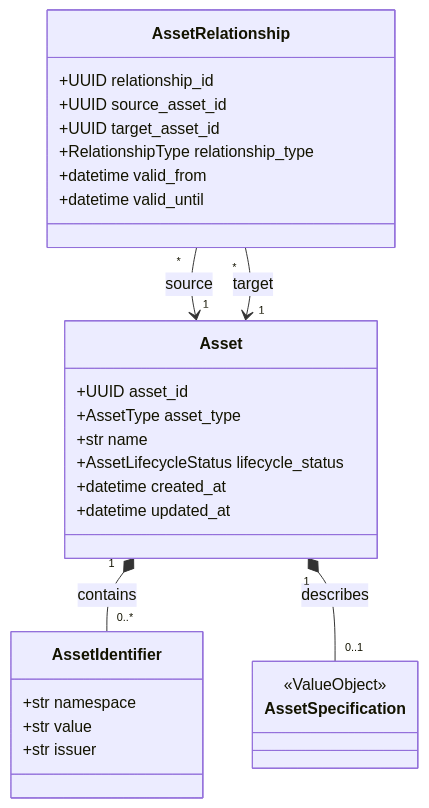
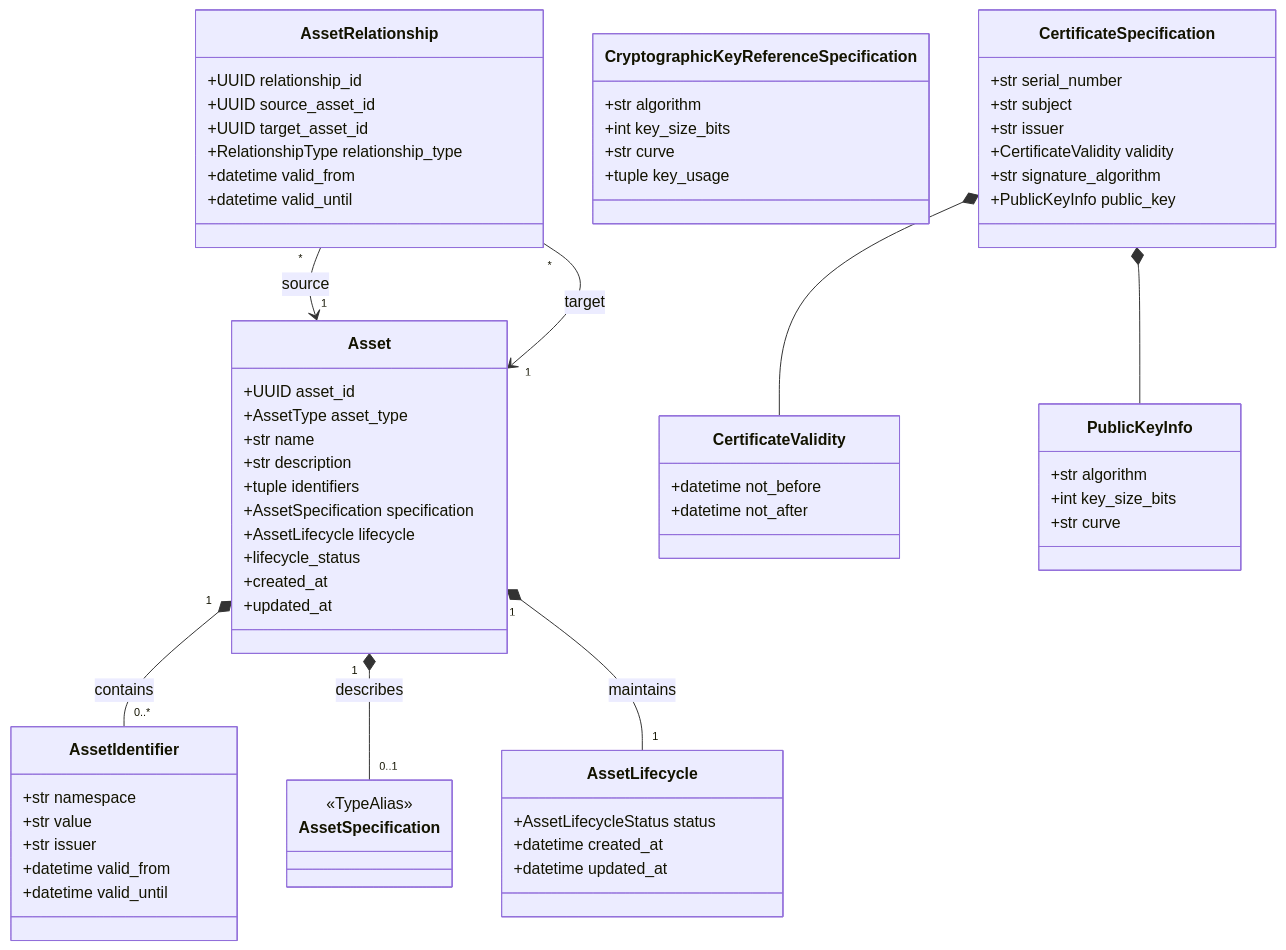
Before and after one commit to git-loa/cryptographic-inventory-pqc-risk-assessment: the second of 7 diagrams in docs/architecture/domain/domain-class-diagram.md, drawn with Mermaid. The commit also changed other lines of this file and 12 other files, not shown here.

````diff
--- a/docs/architecture/domain/domain-class-diagram.md
+++ b/docs/architecture/domain/domain-class-diagram.md
@@ -51,35 +51,79 @@
 ```mermaid
 classDiagram
     class Asset {
         +UUID asset_id
         +AssetType asset_type
         +str name
-        +AssetLifecycleStatus lifecycle_status
-        +datetime created_at
-        +datetime updated_at
+        +str description
+        +tuple identifiers
+        +AssetSpecification specification
+        +AssetLifecycle lifecycle
+        +lifecycle_status
+        +created_at
+        +updated_at
     }
 
     class AssetIdentifier {
         +str namespace
         +str value
         +str issuer
+        +datetime valid_from
+        +datetime valid_until
     }
 
     class AssetSpecification {
-        <<ValueObject>>
+        <<TypeAlias>>
+    }
+
+    class CertificateSpecification {
+        +str serial_number
+        +str subject
+        +str issuer
+        +CertificateValidity validity
+        +str signature_algorithm
+        +PublicKeyInfo public_key
+    }
+
+    class CertificateValidity {
+        +datetime not_before
+        +datetime not_after
+    }
+
+    class PublicKeyInfo {
+        +str algorithm
+        +int key_size_bits
+        +str curve
+    }
+
+    class CryptographicKeyReferenceSpecification {
+        +str algorithm
+        +int key_size_bits
+        +str curve
+        +tuple key_usage
+    }
+
+    class AssetLifecycle {
+        +AssetLifecycleStatus status
+        +datetime created_at
+        +datetime updated_at
     }
 
     class AssetRelationship {
         +UUID relationship_id
         +UUID source_asset_id
         +UUID target_asset_id
         +RelationshipType relationship_type
         +datetime valid_from
         +datetime valid_until
     }
 
     Asset "1" *-- "0..*" AssetIdentifier : contains
     Asset "1" *-- "0..1" AssetSpecification : describes
+    Asset "1" *-- "1" AssetLifecycle : maintains
+
+    CertificateSpecification *-- CertificateValidity
+    CertificateSpecification *-- PublicKeyInfo
+
     AssetRelationship "*" --> "1" Asset : source
     AssetRelationship "*" --> "1" Asset : target
 ```
````
